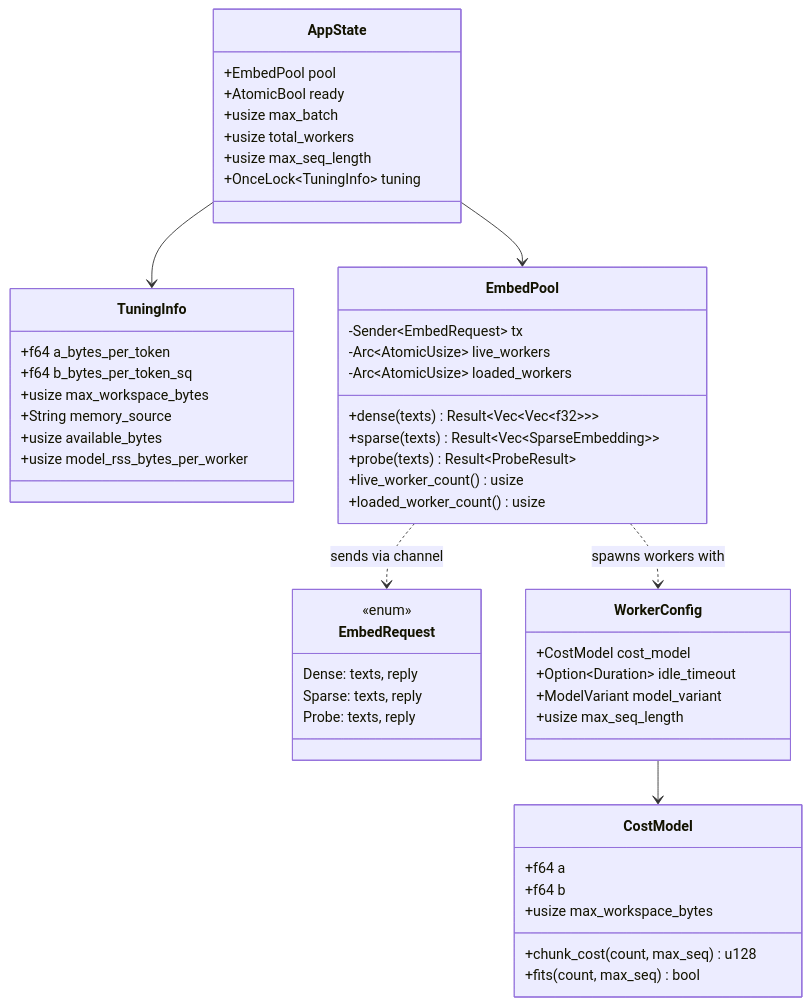
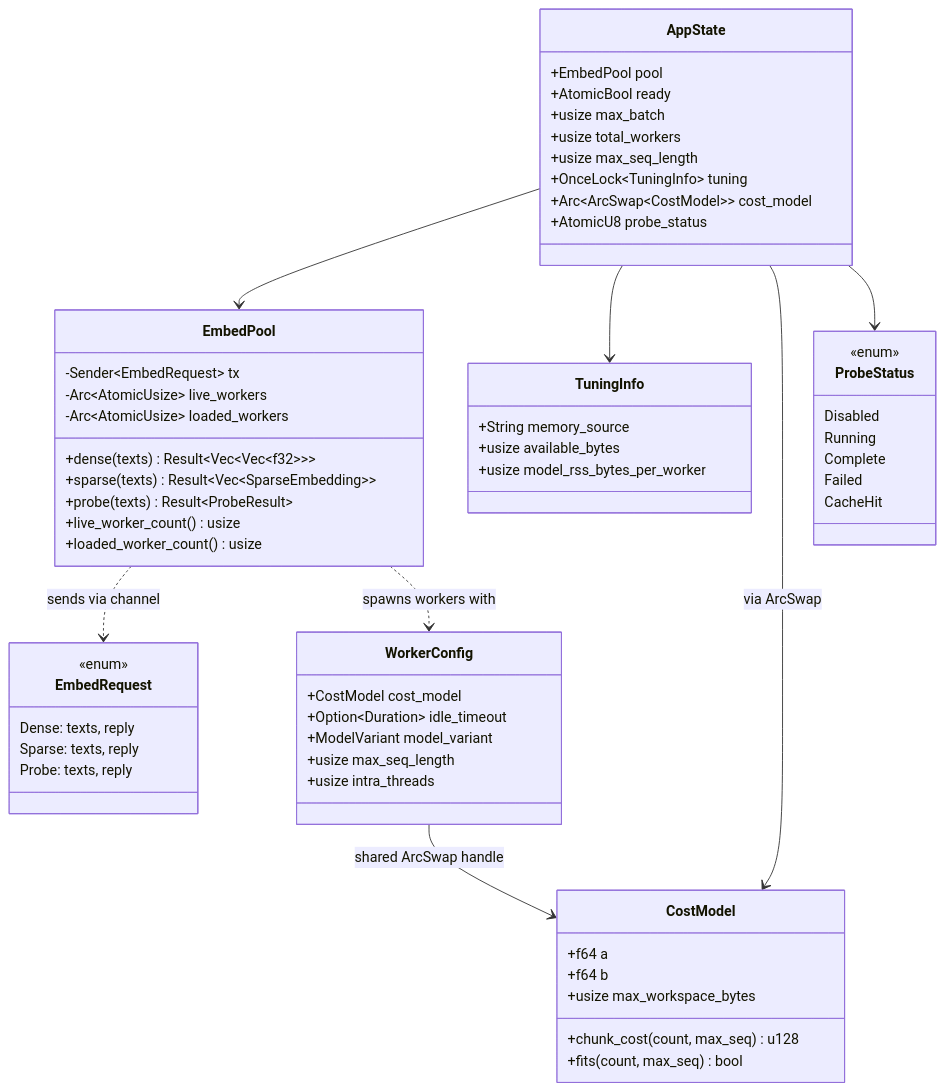
The third of 5 diagrams in docs/architecture.md (Fulton-Engineering-Services/bge-m3-embedding-server), drawn with Mermaid before and after one commit. The commit also changed other lines of this file and 26 other files, not shown here.

````diff
--- a/docs/architecture.md
+++ b/docs/architecture.md
@@ -99,59 +99,70 @@
 ```mermaid
 classDiagram
     class AppState {
         +EmbedPool pool
         +AtomicBool ready
         +usize max_batch
         +usize total_workers
         +usize max_seq_length
         +OnceLock~TuningInfo~ tuning
+        +Arc~ArcSwap~CostModel~~ cost_model
+        +AtomicU8 probe_status
     }
 
     class TuningInfo {
-        +f64 a_bytes_per_token
-        +f64 b_bytes_per_token_sq
-        +usize max_workspace_bytes
         +String memory_source
         +usize available_bytes
         +usize model_rss_bytes_per_worker
+    }
+
+    class ProbeStatus {
+        <<enum>>
+        Disabled
+        Running
+        Complete
+        Failed
+        CacheHit
     }
 
     class EmbedPool {
         -Sender~EmbedRequest~ tx
         -Arc~AtomicUsize~ live_workers
         -Arc~AtomicUsize~ loaded_workers
         +dense(texts) Result~Vec~Vec~f32~~~
         +sparse(texts) Result~Vec~SparseEmbedding~~
         +probe(texts) Result~ProbeResult~
         +live_worker_count() usize
         +loaded_worker_count() usize
     }
 
     class EmbedRequest {
         <<enum>>
         Dense: texts, reply
         Sparse: texts, reply
         Probe: texts, reply
     }
 
     class WorkerConfig {
         +CostModel cost_model
         +Option~Duration~ idle_timeout
         +ModelVariant model_variant
         +usize max_seq_length
+        +usize intra_threads
     }
 
     class CostModel {
         +f64 a
         +f64 b
         +usize max_workspace_bytes
         +chunk_cost(count, max_seq) u128
         +fits(count, max_seq) bool
     }
 
     AppState --> EmbedPool
     AppState --> TuningInfo
+    AppState --> CostModel : via ArcSwap
+    AppState --> ProbeStatus
     EmbedPool ..> EmbedRequest : sends via channel
     EmbedPool ..> WorkerConfig : spawns workers with
-    WorkerConfig --> CostModel
+    WorkerConfig --> CostModel : shared ArcSwap handle
 ```
````
